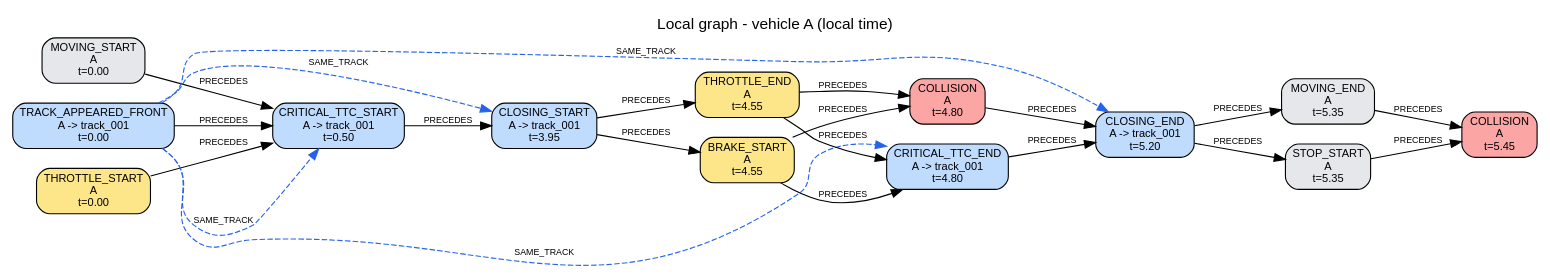
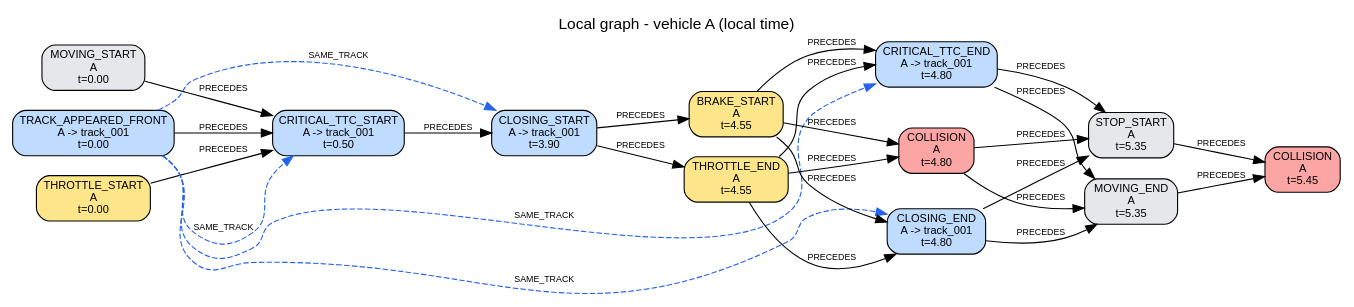
The diagram in traces/S04/run_0_a_front_pushed/reconstruction/A/local_graph.dot (AndreaBedei1/causaldrive-forensics), drawn with Graphviz before and after one commit. The commit also changed 551 other files, not shown here.

```diff
--- a/traces/S04/run_0_a_front_pushed/reconstruction/A/local_graph.dot
+++ b/traces/S04/run_0_a_front_pushed/reconstruction/A/local_graph.dot
@@ -1,42 +1,46 @@
 digraph "local_A" {
   graph [rankdir=LR, labelloc=t, fontname=Helvetica, label="Local graph - vehicle A (local time)"];
   node [shape=box, style="rounded,filled", fontname=Helvetica, fontsize=10];
   edge [fontname=Helvetica, fontsize=8];
   "A:e01" [label="MOVING_START\nA\nt=0.00", fillcolor="#e5e7eb"];
   "A:e02" [label="THROTTLE_START\nA\nt=0.00", fillcolor="#fde68a"];
   "A:e03" [label="TRACK_APPEARED_FRONT\nA -> track_001\nt=0.00", fillcolor="#bfdbfe"];
   "A:e04" [label="CRITICAL_TTC_START\nA -> track_001\nt=0.50", fillcolor="#bfdbfe"];
-  "A:e05" [label="CLOSING_START\nA -> track_001\nt=3.95", fillcolor="#bfdbfe"];
+  "A:e05" [label="CLOSING_START\nA -> track_001\nt=3.90", fillcolor="#bfdbfe"];
   "A:e06" [label="THROTTLE_END\nA\nt=4.55", fillcolor="#fde68a"];
   "A:e07" [label="BRAKE_START\nA\nt=4.55", fillcolor="#fde68a"];
   "A:e08" [label="COLLISION\nA\nt=4.80", fillcolor="#fca5a5"];
   "A:e09" [label="CRITICAL_TTC_END\nA -> track_001\nt=4.80", fillcolor="#bfdbfe"];
-  "A:e10" [label="CLOSING_END\nA -> track_001\nt=5.20", fillcolor="#bfdbfe"];
+  "A:e10" [label="CLOSING_END\nA -> track_001\nt=4.80", fillcolor="#bfdbfe"];
   "A:e11" [label="MOVING_END\nA\nt=5.35", fillcolor="#e5e7eb"];
   "A:e12" [label="STOP_START\nA\nt=5.35", fillcolor="#e5e7eb"];
   "A:e13" [label="COLLISION\nA\nt=5.45", fillcolor="#fca5a5"];
   {rank=same; "A:e01"; "A:e02"; "A:e03";}
   {rank=same; "A:e06"; "A:e07";}
-  {rank=same; "A:e08"; "A:e09";}
+  {rank=same; "A:e08"; "A:e09"; "A:e10";}
   {rank=same; "A:e11"; "A:e12";}
   "A:e01" -> "A:e04" [label="PRECEDES"];
   "A:e02" -> "A:e04" [label="PRECEDES"];
   "A:e03" -> "A:e04" [label="PRECEDES"];
   "A:e04" -> "A:e05" [label="PRECEDES"];
   "A:e05" -> "A:e06" [label="PRECEDES"];
   "A:e05" -> "A:e07" [label="PRECEDES"];
   "A:e06" -> "A:e08" [label="PRECEDES"];
   "A:e06" -> "A:e09" [label="PRECEDES"];
+  "A:e06" -> "A:e10" [label="PRECEDES"];
   "A:e07" -> "A:e08" [label="PRECEDES"];
   "A:e07" -> "A:e09" [label="PRECEDES"];
-  "A:e08" -> "A:e10" [label="PRECEDES"];
-  "A:e09" -> "A:e10" [label="PRECEDES"];
+  "A:e07" -> "A:e10" [label="PRECEDES"];
+  "A:e08" -> "A:e11" [label="PRECEDES"];
+  "A:e08" -> "A:e12" [label="PRECEDES"];
+  "A:e09" -> "A:e11" [label="PRECEDES"];
+  "A:e09" -> "A:e12" [label="PRECEDES"];
   "A:e10" -> "A:e11" [label="PRECEDES"];
   "A:e10" -> "A:e12" [label="PRECEDES"];
   "A:e11" -> "A:e13" [label="PRECEDES"];
   "A:e12" -> "A:e13" [label="PRECEDES"];
   "A:e03" -> "A:e04" [label="SAME_TRACK", style=dashed, color="#2563eb", constraint=false];
   "A:e03" -> "A:e05" [label="SAME_TRACK", style=dashed, color="#2563eb", constraint=false];
   "A:e03" -> "A:e09" [label="SAME_TRACK", style=dashed, color="#2563eb", constraint=false];
   "A:e03" -> "A:e10" [label="SAME_TRACK", style=dashed, color="#2563eb", constraint=false];
 }
```
